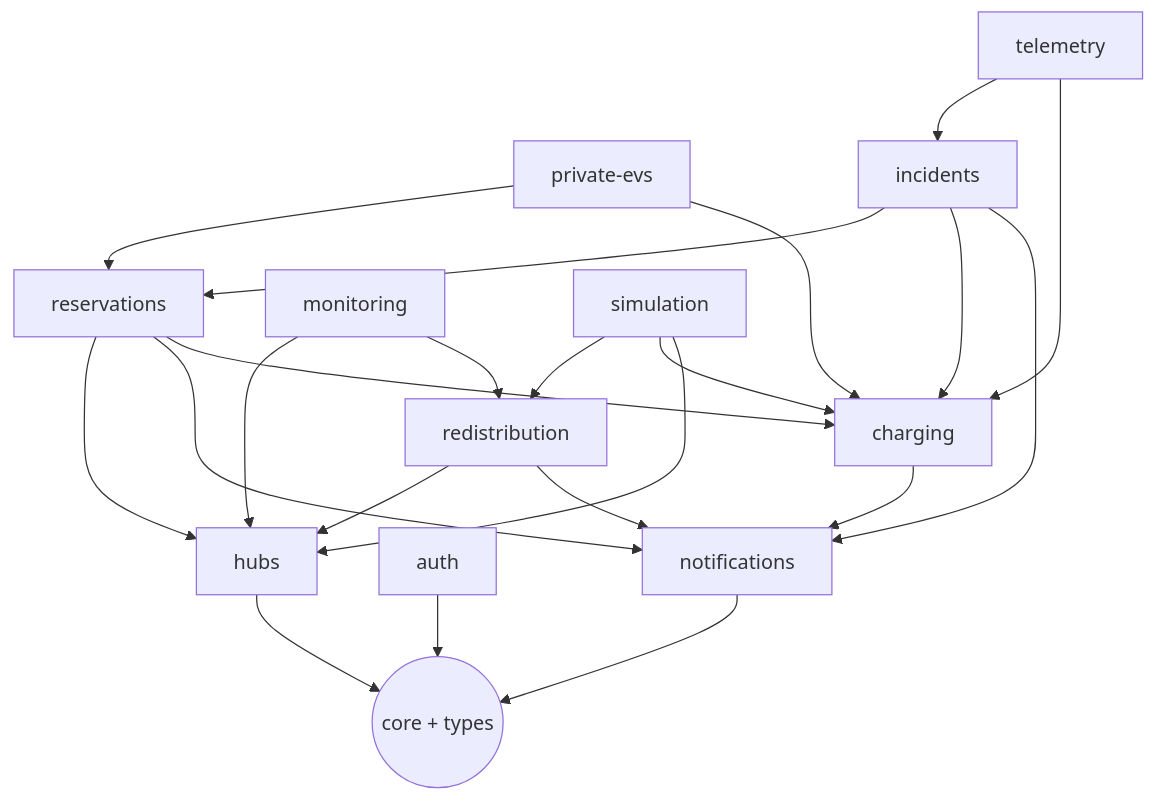
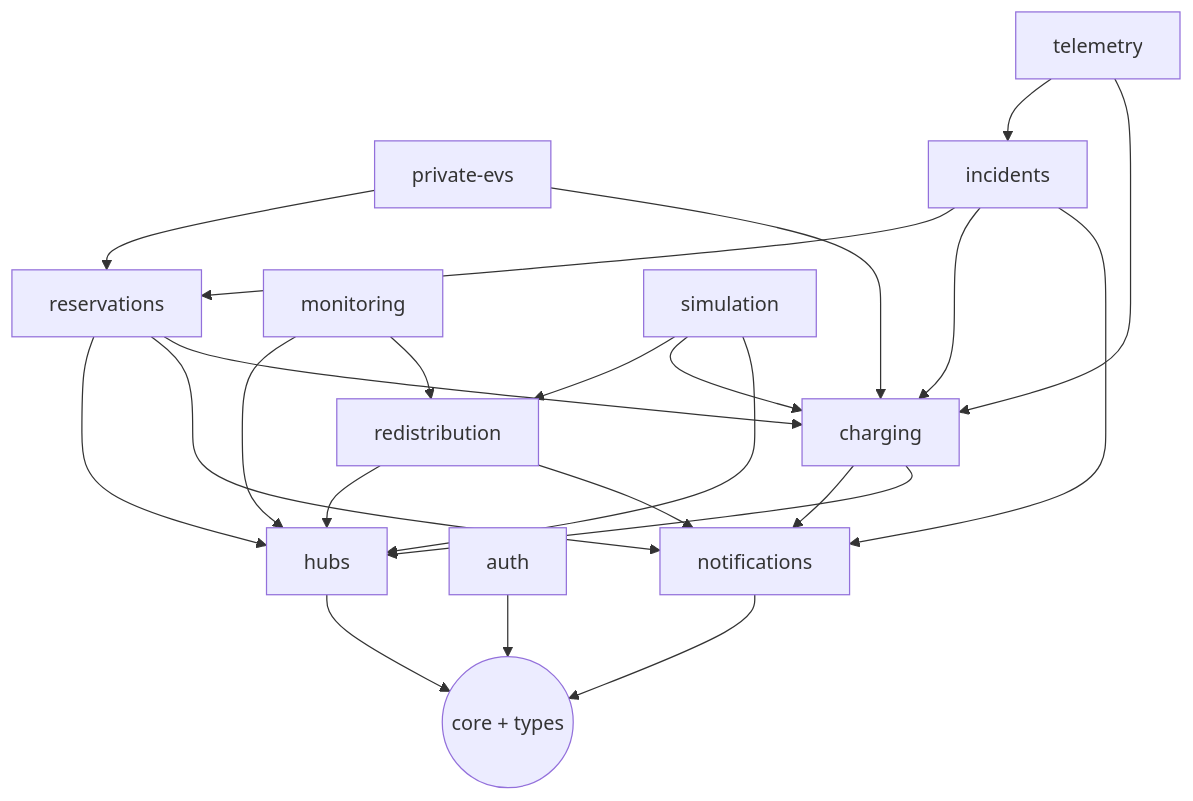
The second of 2 diagrams in docs/ARCHITECTURE.md (khangluc31/Smart-E-Mobility-Hub), drawn with Mermaid before and after one commit. The commit also changed other lines of this file and 2 other files, not shown here.

Commit message:
T-33: parked doc sync (SPEC FR-51, ARCHITECTURE §3/§4.1/§6.3, CONTRACTS §5; approved by M1)

````diff
--- a/docs/ARCHITECTURE.md
+++ b/docs/ARCHITECTURE.md
@@ -106,25 +106,26 @@
 ```mermaid
 flowchart TD
   core((core + types))
   hubs --> core
   auth --> core
   notifications --> core
   reservations --> hubs
   reservations --> notifications
   reservations --> charging
   charging --> notifications
+  charging --> hubs
   privateEvs[private-evs] --> reservations
   privateEvs --> charging
   incidents --> reservations
   incidents --> charging
   incidents --> notifications
   monitoring --> hubs
   monitoring --> redistribution
   redistribution --> hubs
   redistribution --> notifications
   telemetry --> incidents
   telemetry --> charging
   simulation --> redistribution
   simulation --> charging
   simulation --> hubs
 ```
````
